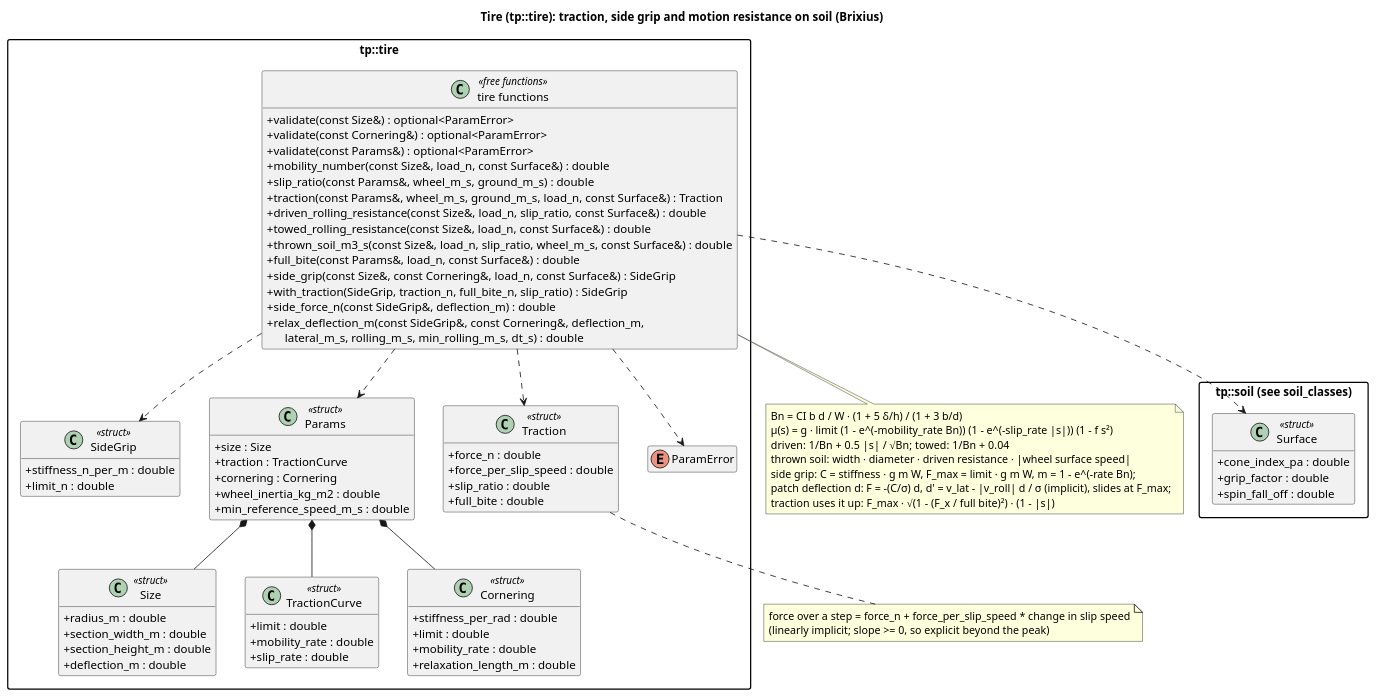
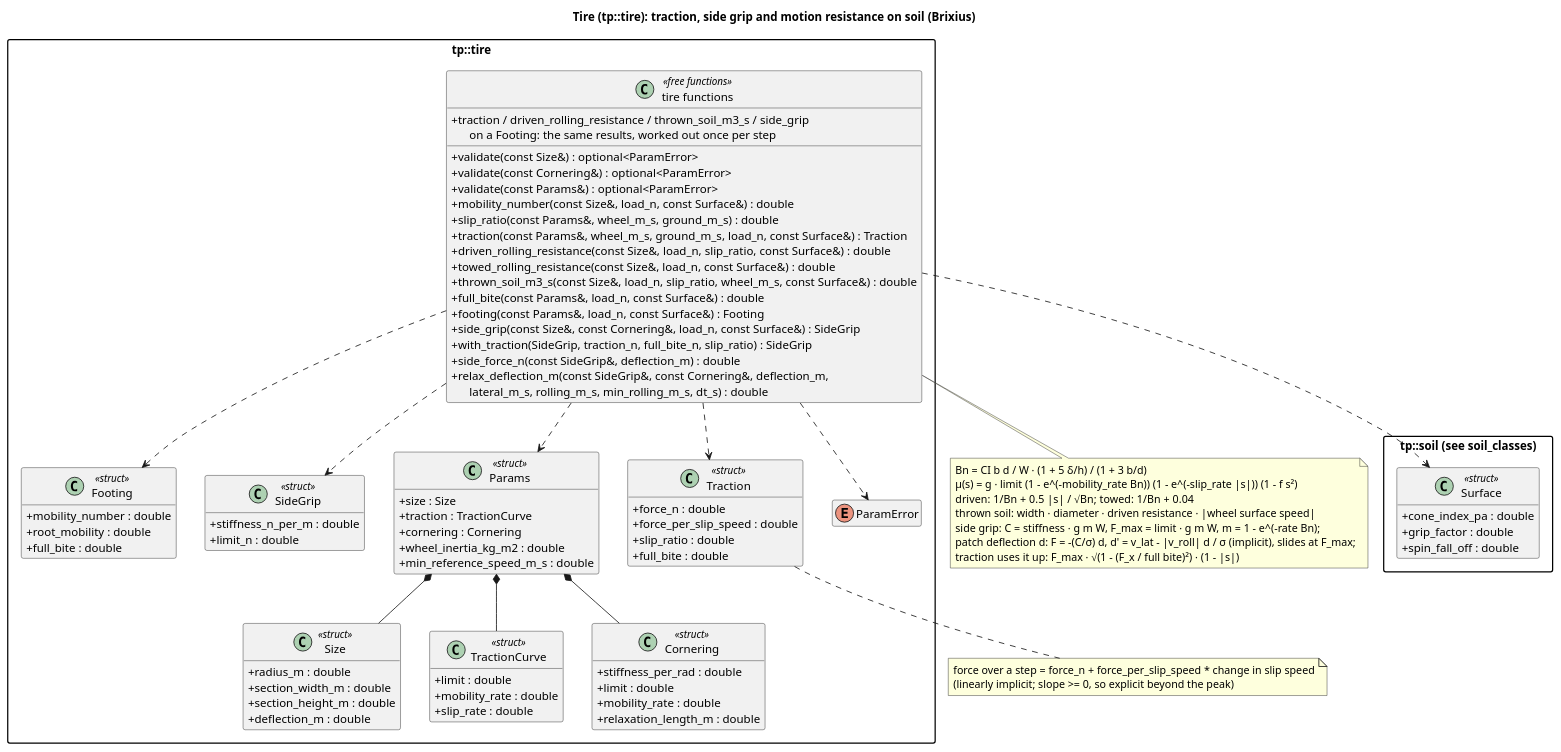
One commit to wversteeg/TractorPulling changed the diagram in docs/diagrams/tire_classes.puml. Above: the diagram before and after it, drawn with PlantUML. The commit also changed 27 other files, not shown here.

```diff
--- a/docs/diagrams/tire_classes.puml
+++ b/docs/diagrams/tire_classes.puml
@@ -1,89 +1,97 @@
 @startuml tire_classes
 title Tire (tp::tire): traction, side grip and motion resistance on soil (Brixius)
 hide empty members
 skinparam packageStyle rectangle
 skinparam classAttributeIconSize 0
 
 package "tp::soil (see soil_classes)" {
   class Surface <<struct>> {
     +cone_index_pa : double
     +grip_factor : double
     +spin_fall_off : double
   }
 }
 
 package "tp::tire" {
   class Size <<struct>> {
     +radius_m : double
     +section_width_m : double
     +section_height_m : double
     +deflection_m : double
   }
   class TractionCurve <<struct>> {
     +limit : double
     +mobility_rate : double
     +slip_rate : double
   }
   class Cornering <<struct>> {
     +stiffness_per_rad : double
     +limit : double
     +mobility_rate : double
     +relaxation_length_m : double
   }
+  class Footing <<struct>> {
+    +mobility_number : double
+    +root_mobility : double
+    +full_bite : double
+  }
   class SideGrip <<struct>> {
     +stiffness_n_per_m : double
     +limit_n : double
   }
   class Params <<struct>> {
     +size : Size
     +traction : TractionCurve
     +cornering : Cornering
     +wheel_inertia_kg_m2 : double
     +min_reference_speed_m_s : double
   }
   class Traction <<struct>> {
     +force_n : double
     +force_per_slip_speed : double
     +slip_ratio : double
     +full_bite : double
   }
   enum ParamError
   class "tire functions" as TireFns <<free functions>> {
     +validate(const Size&) : optional<ParamError>
     +validate(const Cornering&) : optional<ParamError>
     +validate(const Params&) : optional<ParamError>
     +mobility_number(const Size&, load_n, const Surface&) : double
     +slip_ratio(const Params&, wheel_m_s, ground_m_s) : double
     +traction(const Params&, wheel_m_s, ground_m_s, load_n, const Surface&) : Traction
     +driven_rolling_resistance(const Size&, load_n, slip_ratio, const Surface&) : double
     +towed_rolling_resistance(const Size&, load_n, const Surface&) : double
     +thrown_soil_m3_s(const Size&, load_n, slip_ratio, wheel_m_s, const Surface&) : double
     +full_bite(const Params&, load_n, const Surface&) : double
+    +footing(const Params&, load_n, const Surface&) : Footing
+    +traction / driven_rolling_resistance / thrown_soil_m3_s / side_grip\n      on a Footing: the same results, worked out once per step
     +side_grip(const Size&, const Cornering&, load_n, const Surface&) : SideGrip
     +with_traction(SideGrip, traction_n, full_bite_n, slip_ratio) : SideGrip
     +side_force_n(const SideGrip&, deflection_m) : double
     +relax_deflection_m(const SideGrip&, const Cornering&, deflection_m,\n      lateral_m_s, rolling_m_s, min_rolling_m_s, dt_s) : double
   }
   Params *-- Size
   Params *-- TractionCurve
   Params *-- Cornering
   TireFns ..> SideGrip
+  TireFns ..> Footing
   TireFns ..> Params
   TireFns ..> Traction
   TireFns ..> ParamError
   TireFns ..> Surface
 }
 note bottom of TireFns
   Bn = CI b d / W · (1 + 5 δ/h) / (1 + 3 b/d)
   μ(s) = g · limit (1 - e^(-mobility_rate Bn)) (1 - e^(-slip_rate |s|)) (1 - f s²)
   driven: 1/Bn + 0.5 |s| / √Bn;  towed: 1/Bn + 0.04
   thrown soil: width · diameter · driven resistance · |wheel surface speed|
   side grip: C = stiffness · g m W, F_max = limit · g m W, m = 1 - e^(-rate Bn);
   patch deflection d: F = -(C/σ) d, d' = v_lat - |v_roll| d / σ (implicit), slides at F_max;
   traction uses it up: F_max · √(1 - (F_x / full bite)²) · (1 - |s|)
 end note
 note bottom of Traction
   force over a step = force_n + force_per_slip_speed * change in slip speed
   (linearly implicit; slope >= 0, so explicit beyond the peak)
 end note
 @enduml
```
